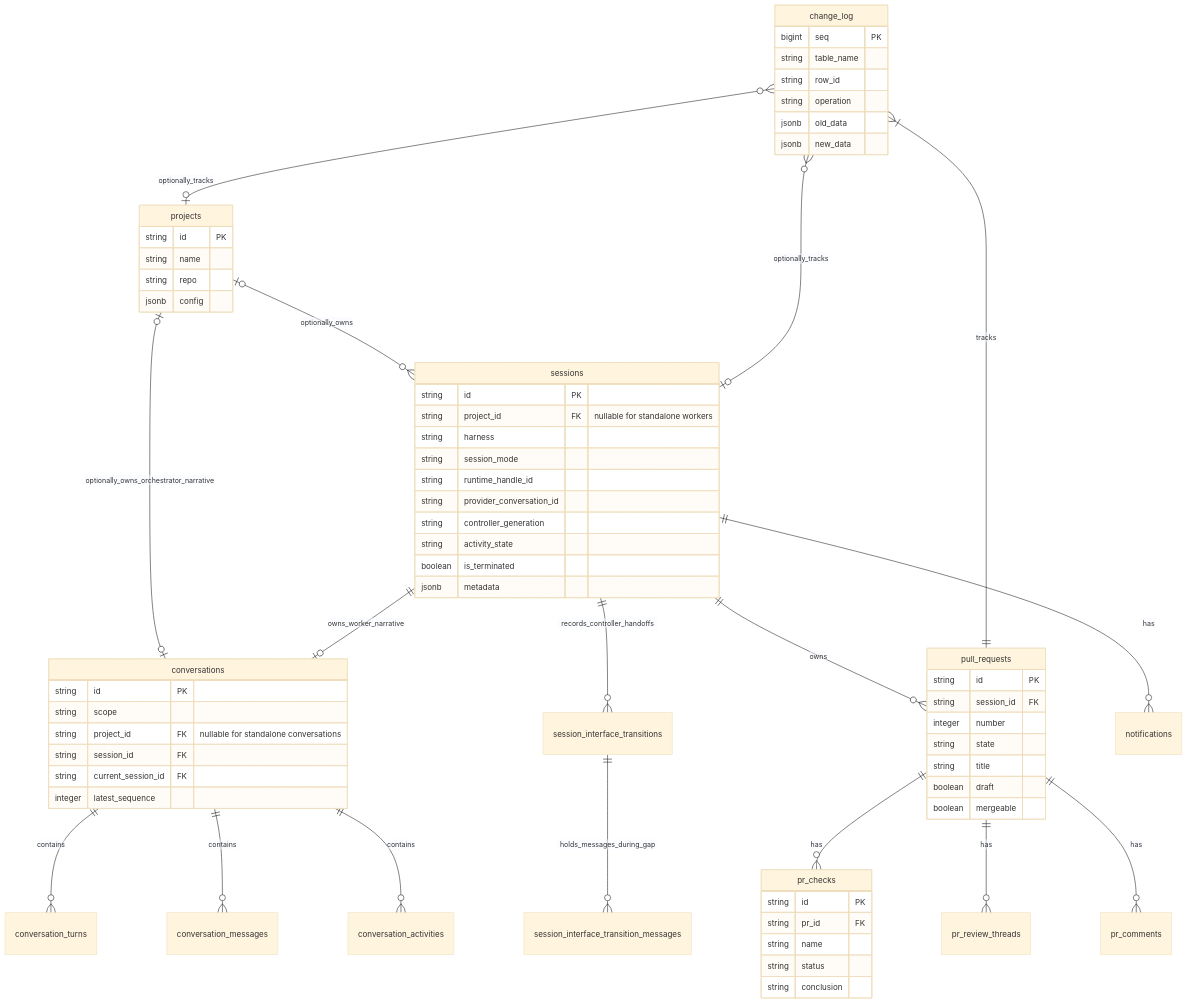
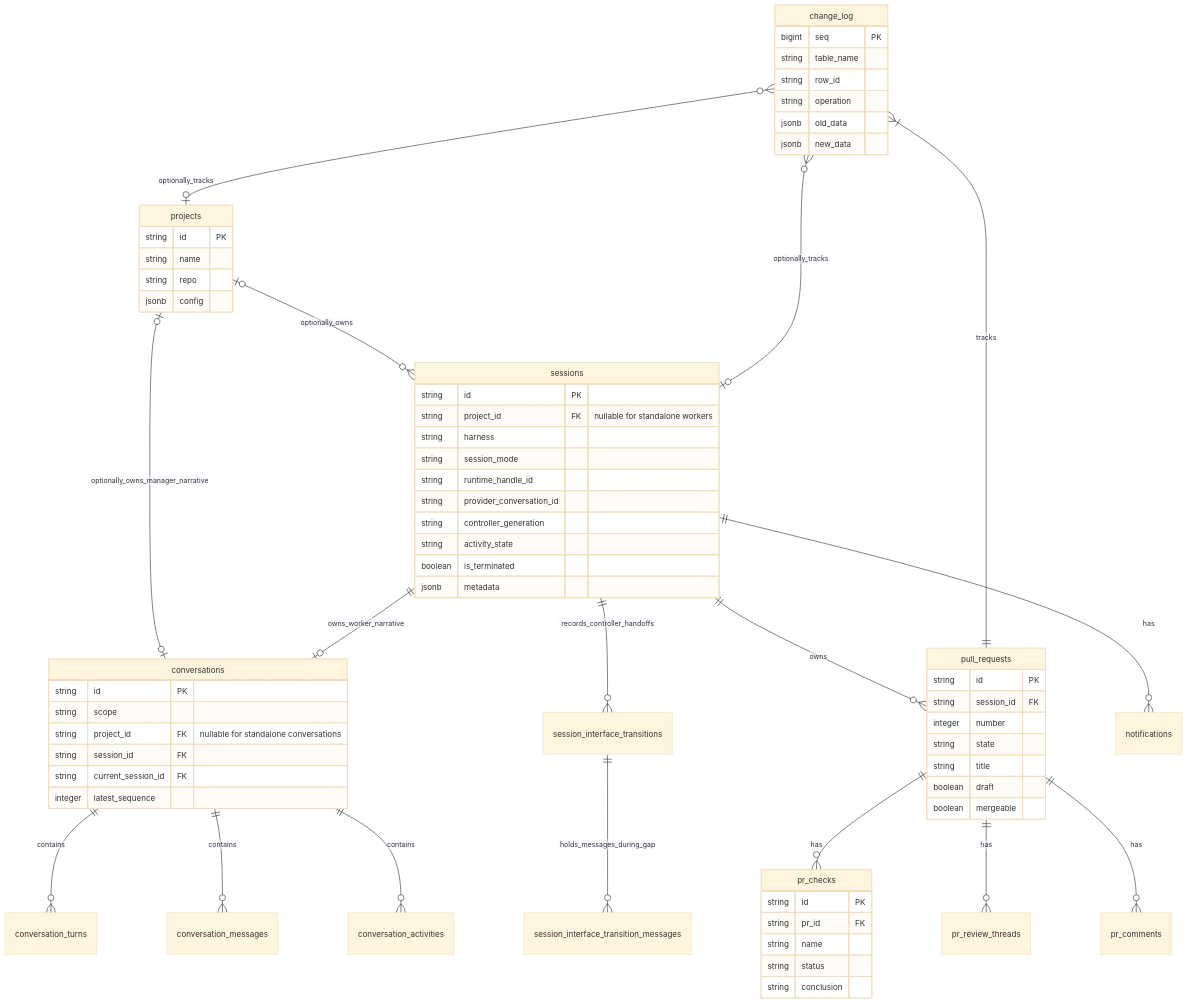
Diagram 11 of 24 in docs/architecture.md (sudo-adduser-jordan/openagents), drawn with Mermaid (base theme) before and after one commit. The commit also changed other lines of this file and 230 other files, not shown here.

Commit message:
refactor: rename orchestrator role to manager

````diff
--- a/docs/architecture.md
+++ b/docs/architecture.md
@@ -505,75 +505,75 @@
 ```mermaid
 erDiagram
     projects o|--o{ sessions : optionally_owns
-    projects o|--o| conversations : optionally_owns_orchestrator_narrative
+    projects o|--o| conversations : optionally_owns_manager_narrative
     sessions ||--o| conversations : owns_worker_narrative
     sessions ||--o{ session_interface_transitions : records_controller_handoffs
     session_interface_transitions ||--o{ session_interface_transition_messages : holds_messages_during_gap
     conversations ||--o{ conversation_turns : contains
     conversations ||--o{ conversation_messages : contains
     conversations ||--o{ conversation_activities : contains
     sessions ||--o{ pull_requests : owns
     pull_requests ||--o{ pr_checks : has
     pull_requests ||--o{ pr_review_threads : has
     pull_requests ||--o{ pr_comments : has
     sessions ||--o{ notifications : has
     change_log }o--o| projects : optionally_tracks
     change_log }o--o| sessions : optionally_tracks
     change_log }|--|| pull_requests : tracks
 
     projects {
         string id PK
         string name
         string repo
         jsonb config
     }
 
     sessions {
         string id PK
         string project_id FK "nullable for standalone workers"
         string harness
         string session_mode
         string runtime_handle_id
         string provider_conversation_id
         string controller_generation
         string activity_state
         boolean is_terminated
         jsonb metadata
     }
 
     conversations {
         string id PK
         string scope
         string project_id FK "nullable for standalone conversations"
         string session_id FK
         string current_session_id FK
         integer latest_sequence
     }
 
     pull_requests {
         string id PK
         string session_id FK
         integer number
         string state
         string title
         boolean draft
         boolean mergeable
     }
 
     pr_checks {
         string id PK
         string pr_id FK
         string name
         string status
         string conclusion
     }
 
     change_log {
         bigint seq PK
         string table_name
         string row_id
         string operation
         jsonb old_data
         jsonb new_data
     }
 ```
````
